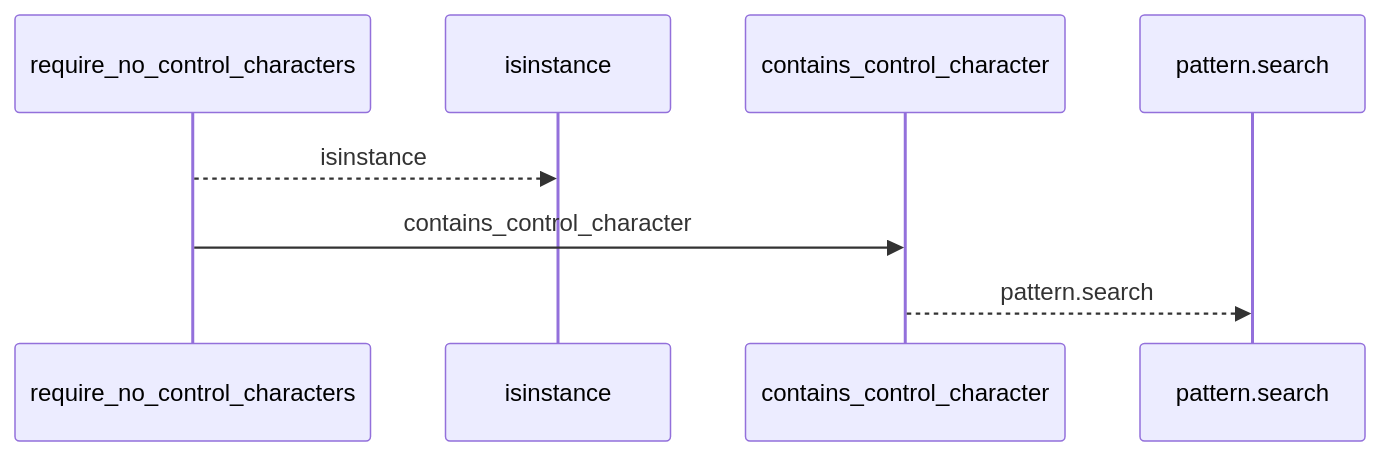
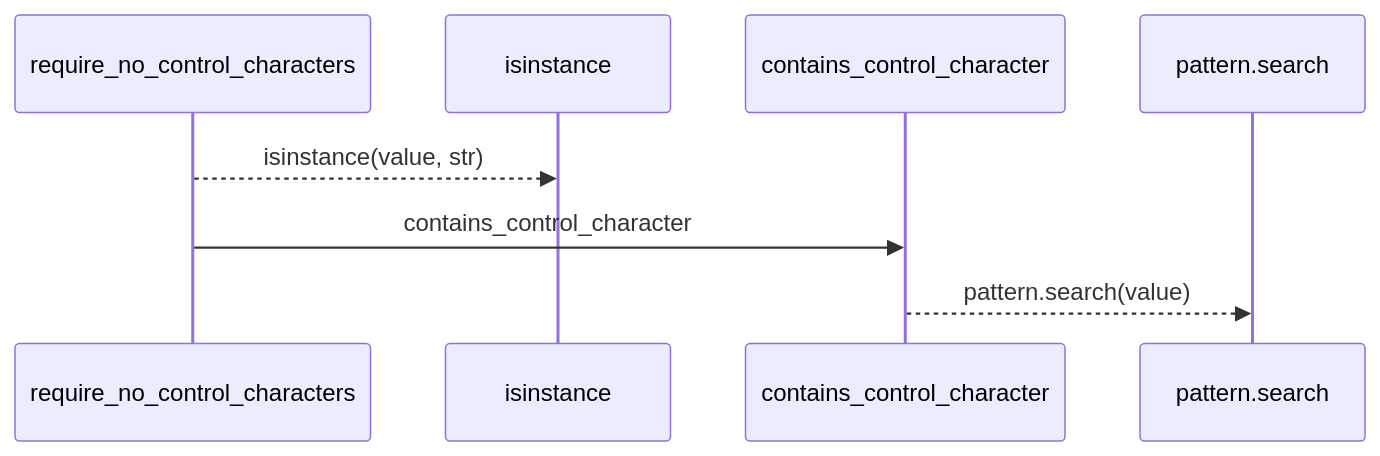
The first of 2 diagrams in docs/llm_wiki/flows/api-require_no_control_characters.md (Denissvgn/python-wiki-llm), drawn with Mermaid before and after one commit. The commit also changed other lines of this file and 1410 other files, not shown here.

````diff
--- a/docs/llm_wiki/flows/api-require_no_control_characters.md
+++ b/docs/llm_wiki/flows/api-require_no_control_characters.md
@@ -10,10 +12,10 @@
 ```mermaid
 sequenceDiagram
     participant p0 as require_no_control_characters
     participant p1 as isinstance
     participant p2 as contains_control_character
     participant p3 as pattern.search
-    p0-->>p1: isinstance
+    p0-->>p1: isinstance(value, str)
     p0->>p2: contains_control_character
-    p2-->>p3: pattern.search
+    p2-->>p3: pattern.search(value)
 ```
````
